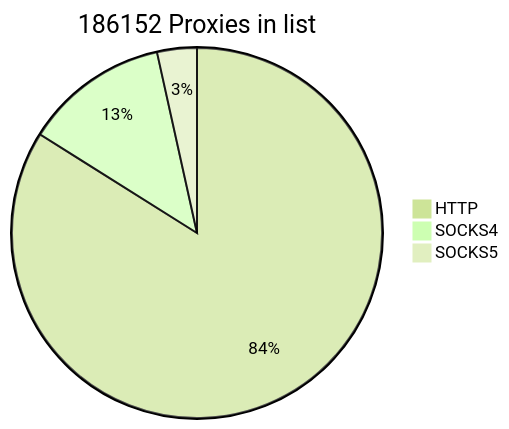
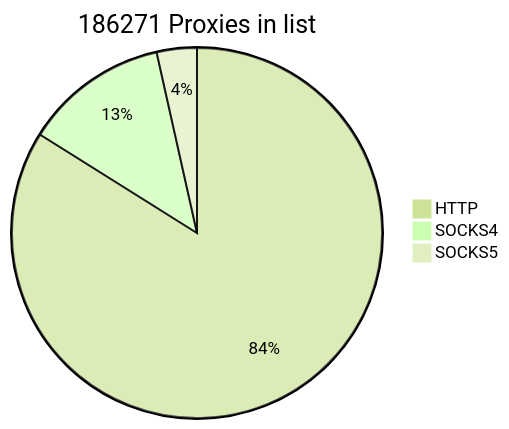
The first of 2 diagrams in README.md (cutipu/proxylist), drawn with Mermaid (forest theme) before and after one commit. The commit also changed other lines of this file, not shown here.

````diff
--- a/README.md
+++ b/README.md
@@ -2,7 +2,7 @@
 ```mermaid
-pie title 186152 Proxies in list
-    "HTTP" : 156238
-    "SOCKS4" : 23458
-    "SOCKS5" : 6456
+pie title 186271 Proxies in list
+    "HTTP" : 156304
+    "SOCKS4" : 23445
+    "SOCKS5" : 6522
             
 ```
````
